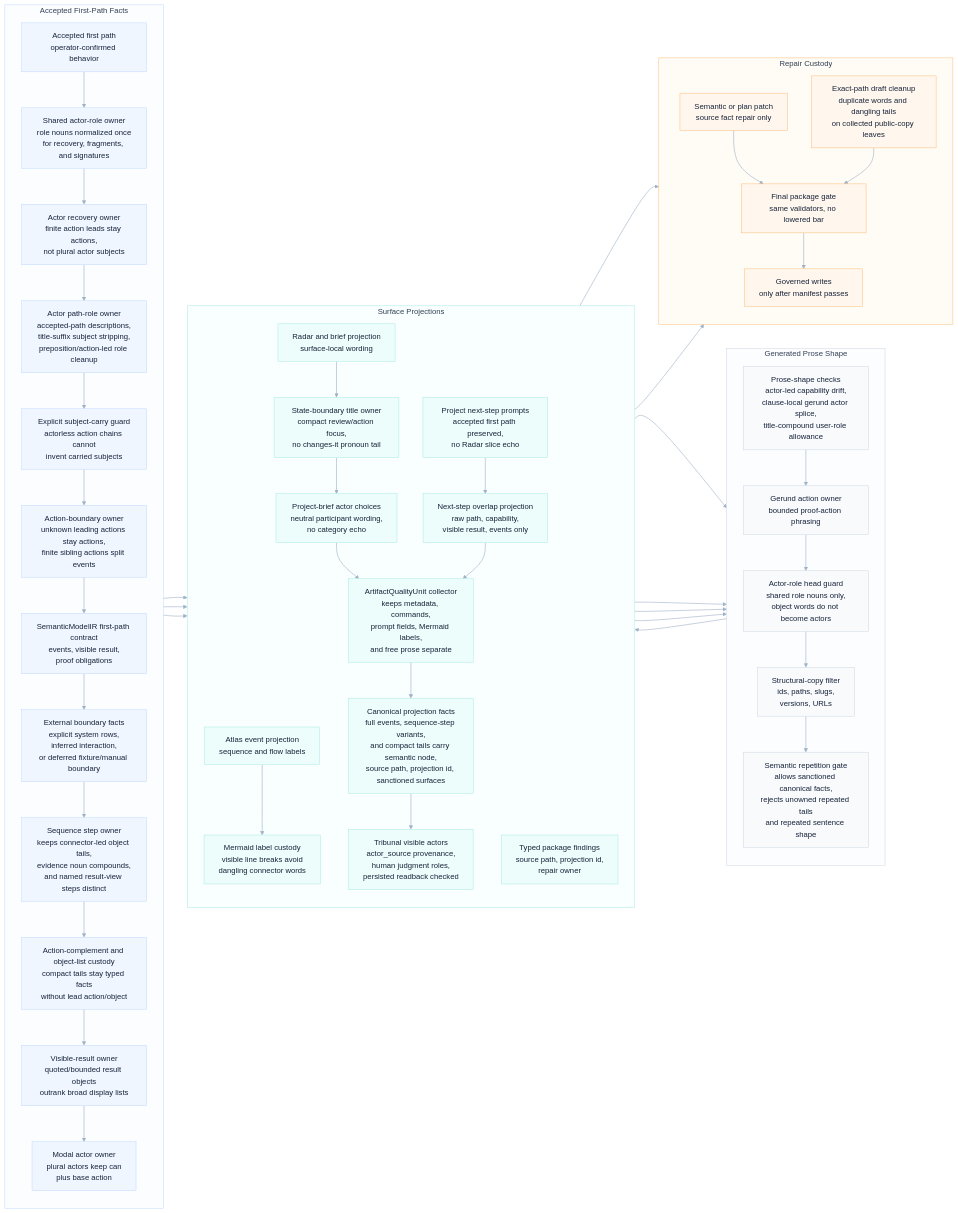
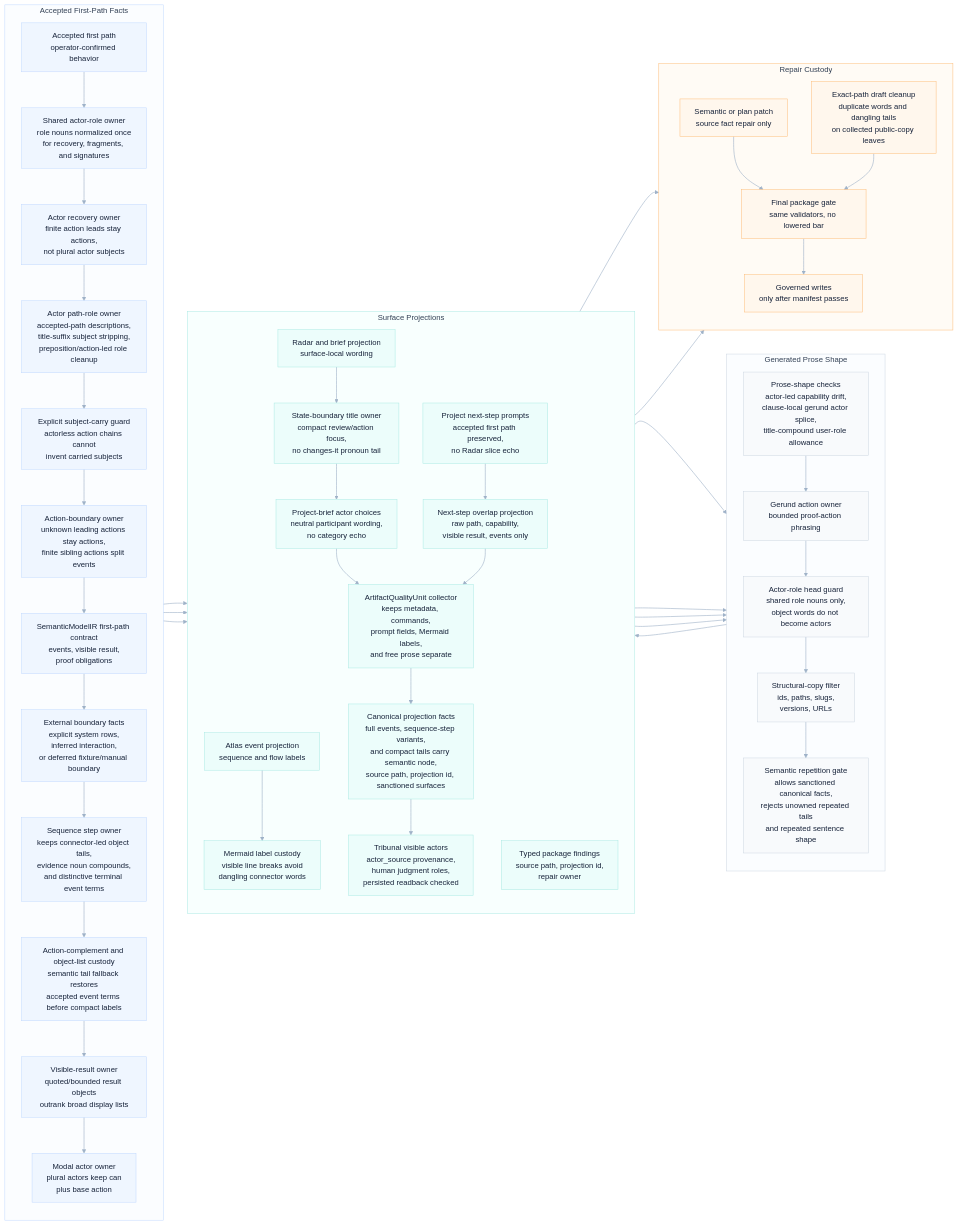
The diagram in odylith/atlas/source/greenfield-first-path-semantic-copy-custody.mmd (odylith/odylith), drawn with Mermaid before and after one commit. The commit also changed 26 other files, not shown here.

Commit message:
Fix greenfield terminal sequence label custody

```diff
--- a/odylith/atlas/source/greenfield-first-path-semantic-copy-custody.mmd
+++ b/odylith/atlas/source/greenfield-first-path-semantic-copy-custody.mmd
@@ -1,100 +1,100 @@
 flowchart LR
     subgraph intent_lane["Accepted First-Path Facts"]
       direction TB
       accepted_path["Accepted first path<br/>operator-confirmed behavior"]
       actor_roles["Shared actor-role owner<br/>role nouns normalized once<br/>for recovery, fragments, and signatures"]
       actor_recovery["Actor recovery owner<br/>finite action leads stay actions,<br/>not plural actor subjects"]
       actor_path_role["Actor path-role owner<br/>accepted-path descriptions,<br/>title-suffix subject stripping,<br/>preposition/action-led role cleanup"]
       subject_carry_guard["Explicit subject-carry guard<br/>actorless action chains cannot<br/>invent carried subjects"]
       action_boundary["Action-boundary owner<br/>unknown leading actions stay actions,<br/>finite sibling actions split events"]
       semantic_contract["SemanticModelIR first-path contract<br/>events, visible result,<br/>proof obligations"]
       external_boundary["External boundary facts<br/>explicit system rows,<br/>inferred interaction,<br/>or deferred fixture/manual boundary"]
-      sequence_owner["Sequence step owner<br/>keeps connector-led object tails,<br/>evidence noun compounds,<br/>and named result-view steps distinct"]
-      tail_custody["Action-complement and object-list custody<br/>compact tails stay typed facts<br/>without lead action/object"]
+      sequence_owner["Sequence step owner<br/>keeps connector-led object tails,<br/>evidence noun compounds,<br/>and distinctive terminal event terms"]
+      tail_custody["Action-complement and object-list custody<br/>semantic tail fallback restores<br/>accepted event terms before compact labels"]
       visible_result_owner["Visible-result owner<br/>quoted/bounded result objects<br/>outrank broad display lists"]
       modal_owner["Modal actor owner<br/>plural actors keep can<br/>plus base action"]
     end
 
     subgraph prose_lane["Generated Prose Shape"]
       direction TB
       shape_checks["Prose-shape checks<br/>actor-led capability drift,<br/>clause-local gerund actor splice,<br/>title-compound user-role allowance"]
       gerund_owner["Gerund action owner<br/>bounded proof-action phrasing"]
       actor_role_head_guard["Actor-role head guard<br/>shared role nouns only,<br/>object words do not become actors"]
       structural_filter["Structural-copy filter<br/>ids, paths, slugs,<br/>versions, URLs"]
       repetition_gate["Semantic repetition gate<br/>allows sanctioned canonical facts,<br/>rejects unowned repeated tails<br/>and repeated sentence shape"]
     end
 
     subgraph projection_lane["Surface Projections"]
       direction TB
       radar_projection["Radar and brief projection<br/>surface-local wording"]
       state_boundary_titles["State-boundary title owner<br/>compact review/action focus,<br/>no changes-it pronoun tail"]
       actor_choice_copy["Project-brief actor choices<br/>neutral participant wording,<br/>no category echo"]
       atlas_projection["Atlas event projection<br/>sequence and flow labels"]
       mermaid_label_custody["Mermaid label custody<br/>visible line breaks avoid<br/>dangling connector words"]
       next_step_prompts["Project next-step prompts<br/>accepted first path preserved,<br/>no Radar slice echo"]
       overlap_projection["Next-step overlap projection<br/>raw path, capability,<br/>visible result, events only"]
       artifact_units["ArtifactQualityUnit collector<br/>keeps metadata, commands,<br/>prompt fields, Mermaid labels,<br/>and free prose separate"]
       canonical_facts["Canonical projection facts<br/>full events, sequence-step variants,<br/>and compact tails carry semantic node,<br/>source path, projection id, sanctioned surfaces"]
       tribunal_actors["Tribunal visible actors<br/>actor_source provenance,<br/>human judgment roles,<br/>persisted readback checked"]
       package_findings["Typed package findings<br/>source path, projection id,<br/>repair owner"]
     end
 
     subgraph repair_lane["Repair Custody"]
       direction TB
       semantic_plan_patch["Semantic or plan patch<br/>source fact repair only"]
       exact_draft_cleanup["Exact-path draft cleanup<br/>duplicate words and dangling tails<br/>on collected public-copy leaves"]
       final_gate["Final package gate<br/>same validators, no lowered bar"]
       governed_write["Governed writes<br/>only after manifest passes"]
     end
 
     accepted_path --> actor_roles
     actor_roles --> actor_recovery
     actor_recovery --> actor_path_role
     actor_path_role --> subject_carry_guard
     subject_carry_guard --> action_boundary
     action_boundary --> semantic_contract
     semantic_contract --> external_boundary
     external_boundary --> sequence_owner
     sequence_owner --> tail_custody
     tail_custody --> visible_result_owner
     visible_result_owner --> modal_owner
     modal_owner --> radar_projection
     modal_owner --> atlas_projection
     modal_owner --> next_step_prompts
     radar_projection --> state_boundary_titles
     state_boundary_titles --> actor_choice_copy
     radar_projection --> shape_checks
     atlas_projection --> mermaid_label_custody
     mermaid_label_custody --> shape_checks
     actor_choice_copy --> artifact_units
     next_step_prompts --> overlap_projection
     overlap_projection --> artifact_units
     artifact_units --> canonical_facts
     canonical_facts --> tribunal_actors
     tribunal_actors --> shape_checks
     shape_checks --> gerund_owner
     gerund_owner --> actor_role_head_guard
     actor_role_head_guard --> structural_filter
     structural_filter --> repetition_gate
     canonical_facts --> repetition_gate
     repetition_gate --> package_findings
     package_findings --> semantic_plan_patch
     package_findings --> exact_draft_cleanup
     semantic_plan_patch --> final_gate
     exact_draft_cleanup --> final_gate
     final_gate --> governed_write
 
     classDef intent fill:#EFF6FF,stroke:#BFD7FE,color:#17233A,stroke-width:1px;
     classDef prose fill:#F8FAFC,stroke:#CBD5E1,color:#17233A,stroke-width:1px;
     classDef projection fill:#ECFDFB,stroke:#A7E9E3,color:#17233A,stroke-width:1px;
     classDef repair fill:#FFF7ED,stroke:#FDBA74,color:#17233A,stroke-width:1px;
     class accepted_path,actor_roles,actor_recovery,actor_path_role,subject_carry_guard,action_boundary,semantic_contract,external_boundary,sequence_owner,tail_custody,visible_result_owner,modal_owner intent;
     class shape_checks,gerund_owner,actor_role_head_guard,structural_filter,repetition_gate prose;
     class radar_projection,state_boundary_titles,actor_choice_copy,atlas_projection,mermaid_label_custody,next_step_prompts,overlap_projection,artifact_units,canonical_facts,tribunal_actors,package_findings projection;
     class semantic_plan_patch,exact_draft_cleanup,final_gate,governed_write repair;
 
     style intent_lane fill:#FBFDFF,stroke:#BFD7FE,stroke-width:1px,color:#334155
     style prose_lane fill:#FBFDFF,stroke:#CBD5E1,stroke-width:1px,color:#334155
     style projection_lane fill:#F8FFFE,stroke:#A7E9E3,stroke-width:1px,color:#334155
     style repair_lane fill:#FFFBF5,stroke:#FDBA74,stroke-width:1px,color:#334155
     linkStyle default stroke:#9FB2C8,stroke-width:1.25px
```
